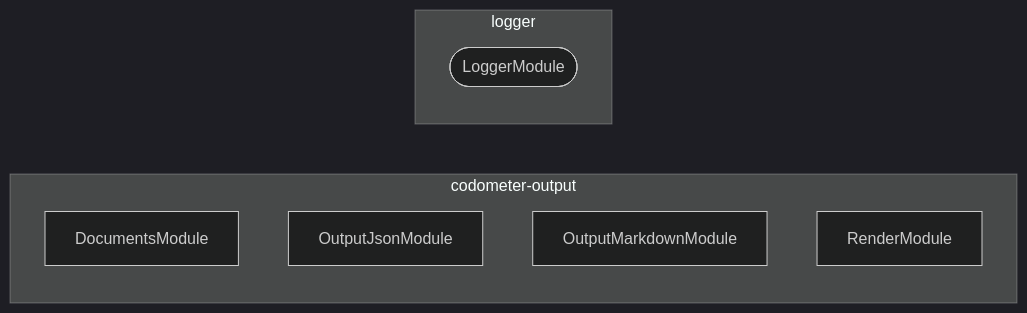
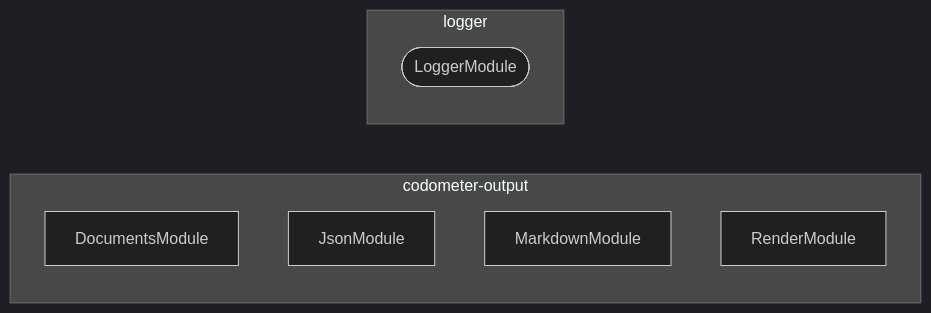
Before and after one commit to JimmyPaolini/codebase: the second of 2 diagrams in packages/codometer-output/README.md, drawn with Mermaid (dark theme). The commit also changed other lines of this file and 154 other files, not shown here.

````diff
--- a/packages/codometer-output/README.md
+++ b/packages/codometer-output/README.md
@@ -30,12 +30,12 @@
 ```mermaid
 flowchart LR
   subgraph group0["codometer-output"]
     DocumentsModule
-    OutputJsonModule
-    OutputMarkdownModule
+    JsonModule
+    MarkdownModule
     RenderModule
   end
   subgraph group1["logger"]
     LoggerModule([LoggerModule])
   end
 ```
````
